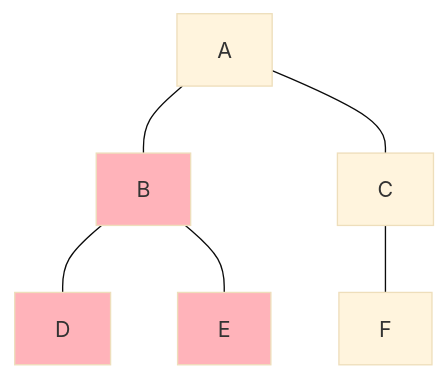
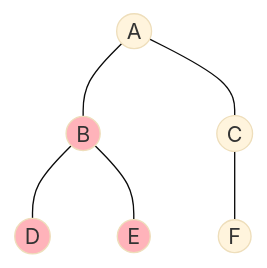
One commit to ARYAN-KUMAR-22/dsa changed diagram 21 of 23 in tree/01_tree_terminology.md. Above: the diagram before and after it, drawn with Mermaid (base theme). The commit also changed other lines of this file, not shown here.

Commit message:
Convert all node representations to circles in tree diagrams for consistent visualization

````diff
--- a/tree/01_tree_terminology.md
+++ b/tree/01_tree_terminology.md
@@ -693,19 +693,19 @@
 ```mermaid
 graph TD
-    A["A"]
-    B["B"]
-    C["C"]
-    D["D"]
-    E["E"]
-    F["F"]
+    A((A))
+    B((B))
+    C((C))
+    D((D))
+    E((E))
+    F((F))
     
     A --- B
     A --- C
     B --- D
     B --- E
     C --- F
     
     style B fill:#ffb3ba
     style D fill:#ffb3ba
     style E fill:#ffb3ba
 ```
````
